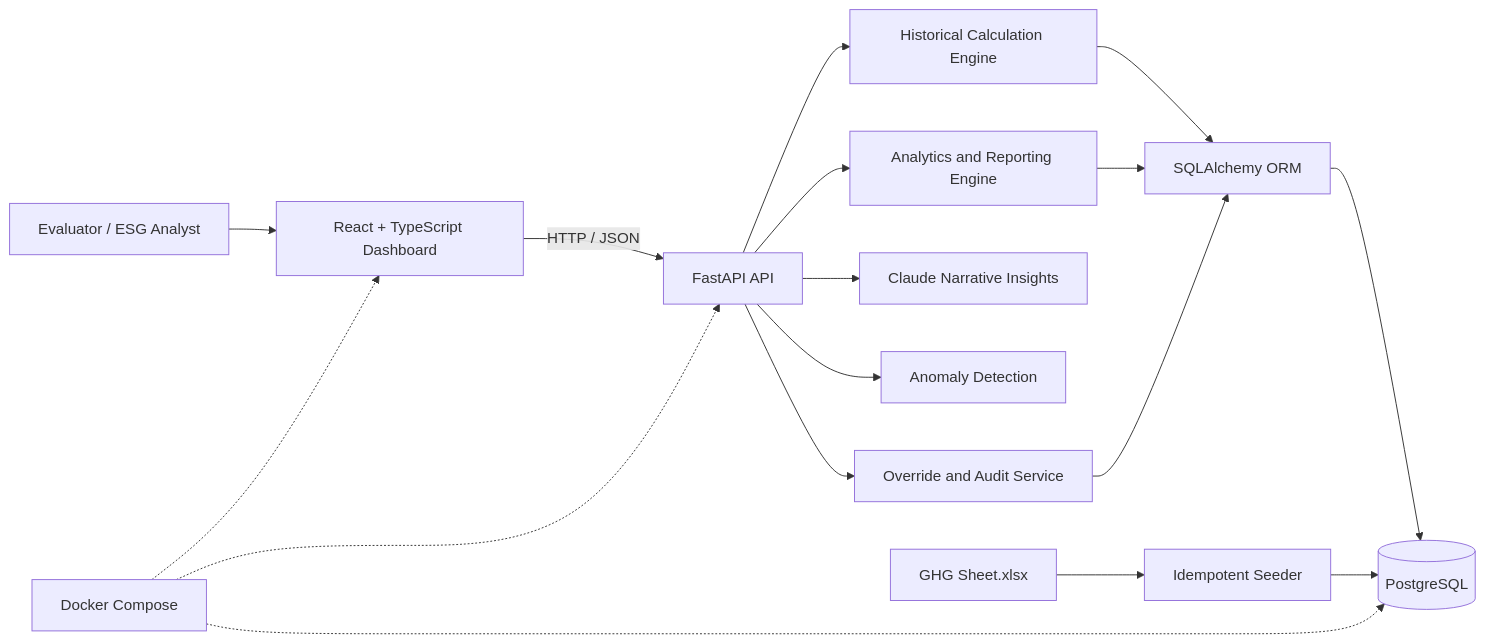
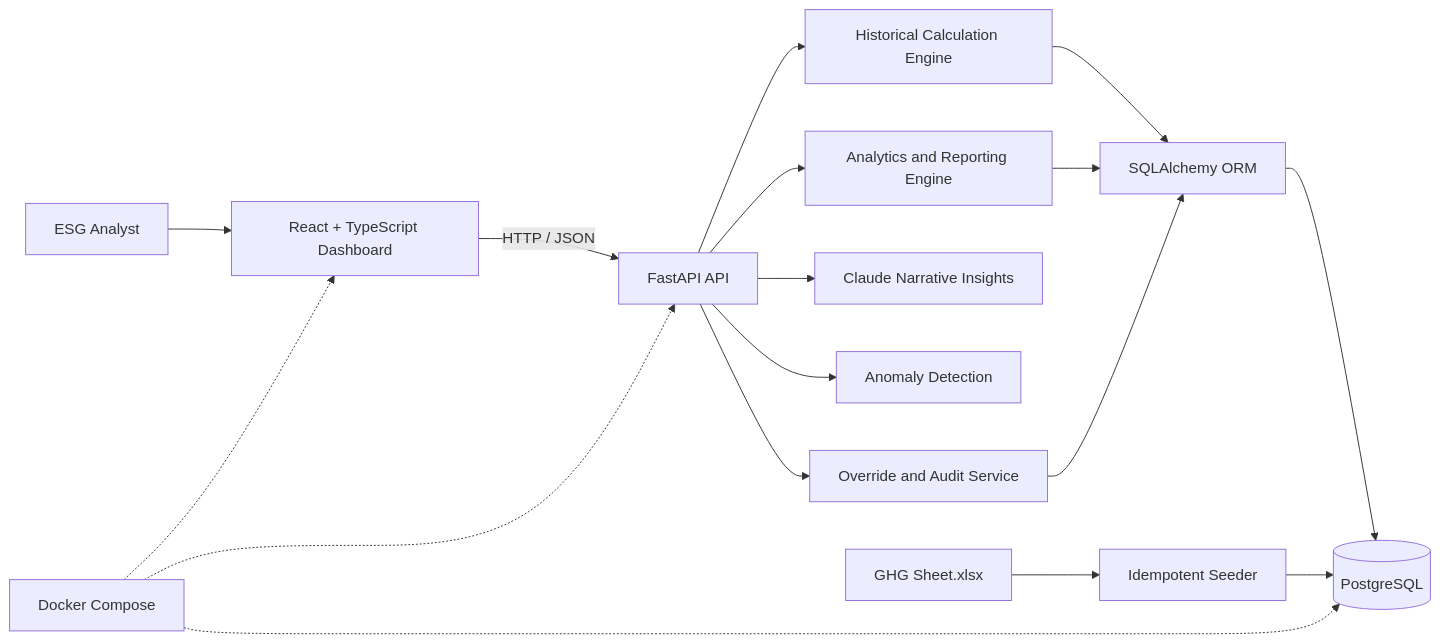
Before and after one commit to Redhair-Shannks/Carbon-Emissions: the diagram in README.md, drawn with Mermaid. The commit also changed other lines of this file and 5 other files, not shown here.

````diff
--- a/README.md
+++ b/README.md
@@ -28,19 +28,19 @@
 ```mermaid
 flowchart LR
-  U["Evaluator / ESG Analyst"] --> F["React + TypeScript Dashboard"]
+  U["ESG Analyst"] --> F["React + TypeScript Dashboard"]
   F -->|"HTTP / JSON"| A["FastAPI API"]
   A --> C["Historical Calculation Engine"]
   A --> R["Analytics and Reporting Engine"]
   A --> AI["Claude Narrative Insights"]
   A --> X["Anomaly Detection"]
   A --> O["Override and Audit Service"]
   C --> S["SQLAlchemy ORM"]
   R --> S
   O --> S
   S --> P[("PostgreSQL")]
   W["GHG Sheet.xlsx"] --> I["Idempotent Seeder"]
   I --> P
   D["Docker Compose"] -.-> F
   D -.-> A
   D -.-> P
 ```
````
